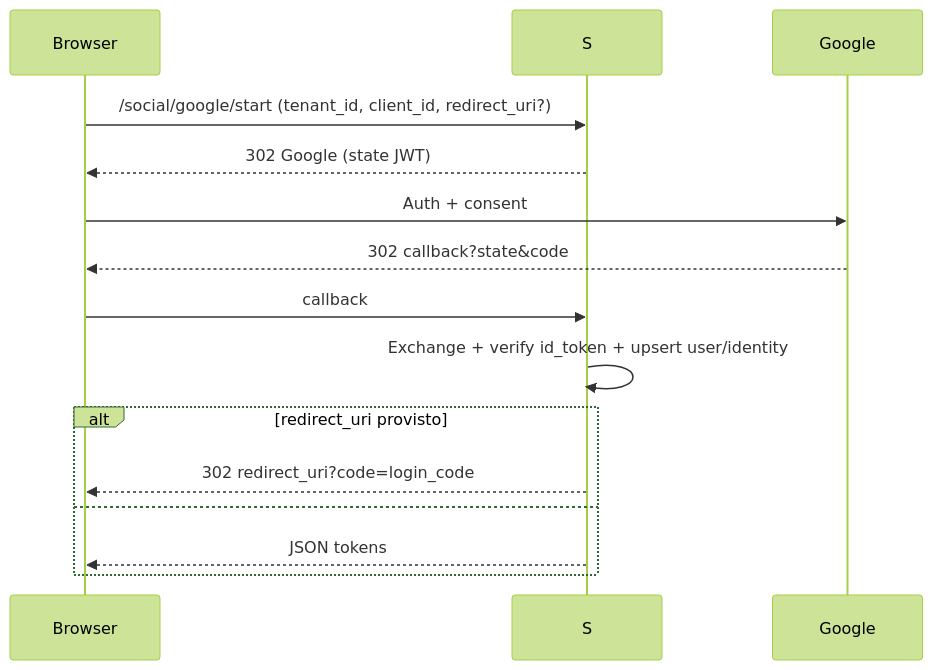
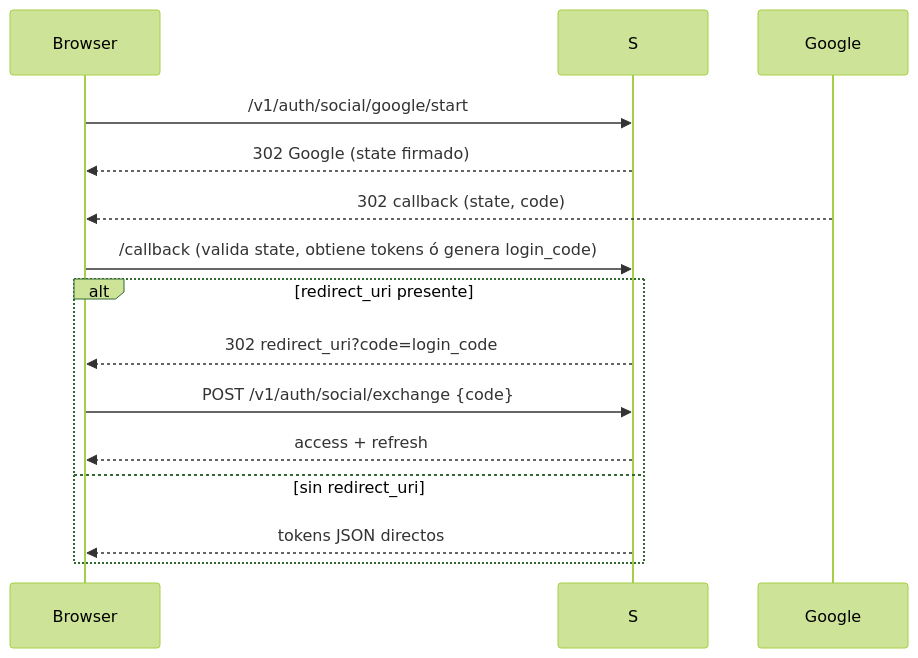
Before and after one commit to dropDatabas3/hellojohn: the eighth of 9 diagrams in README.md, drawn with Mermaid (forest theme). The commit also changed other lines of this file and 30 other files, not shown here.

````diff
--- a/README.md
+++ b/README.md
@@ -208,14 +171,14 @@
 ```mermaid
 sequenceDiagram
-Browser->>S: /social/google/start (tenant_id, client_id, redirect_uri?)
-S-->>Browser: 302 Google (state JWT)
-Browser->>Google: Auth + consent
-Google-->>Browser: 302 callback?state&code
-Browser->>S: callback
-S->>S: Exchange + verify id_token + upsert user/identity
-alt redirect_uri provisto
+Browser->>S: /v1/auth/social/google/start
+S-->>Browser: 302 Google (state firmado)
+Google-->>Browser: 302 callback (state, code)
+Browser->>S: /callback (valida state, obtiene tokens ó genera login_code)
+alt redirect_uri presente
   S-->>Browser: 302 redirect_uri?code=login_code
-else
-  S-->>Browser: JSON tokens
+  Browser->>S: POST /v1/auth/social/exchange {code}
+  S-->>Browser: access + refresh
+else sin redirect_uri
+  S-->>Browser: tokens JSON directos
 end
 ```
````
